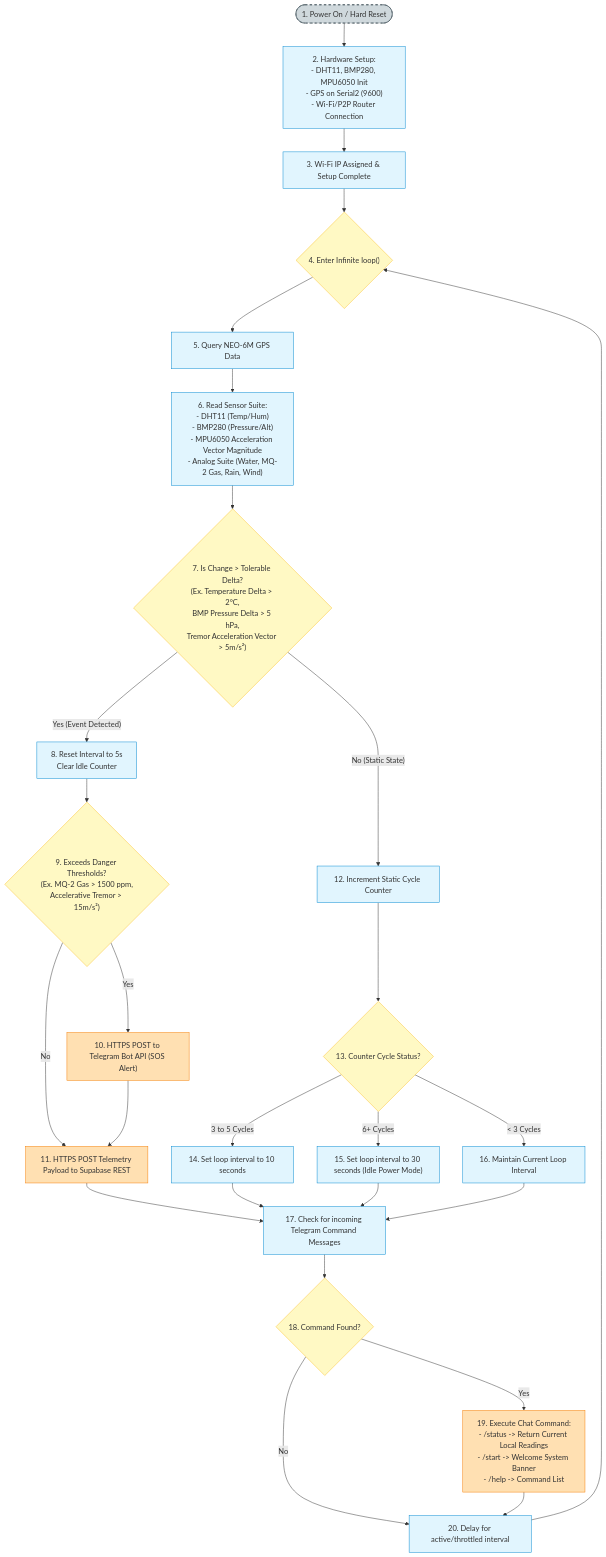
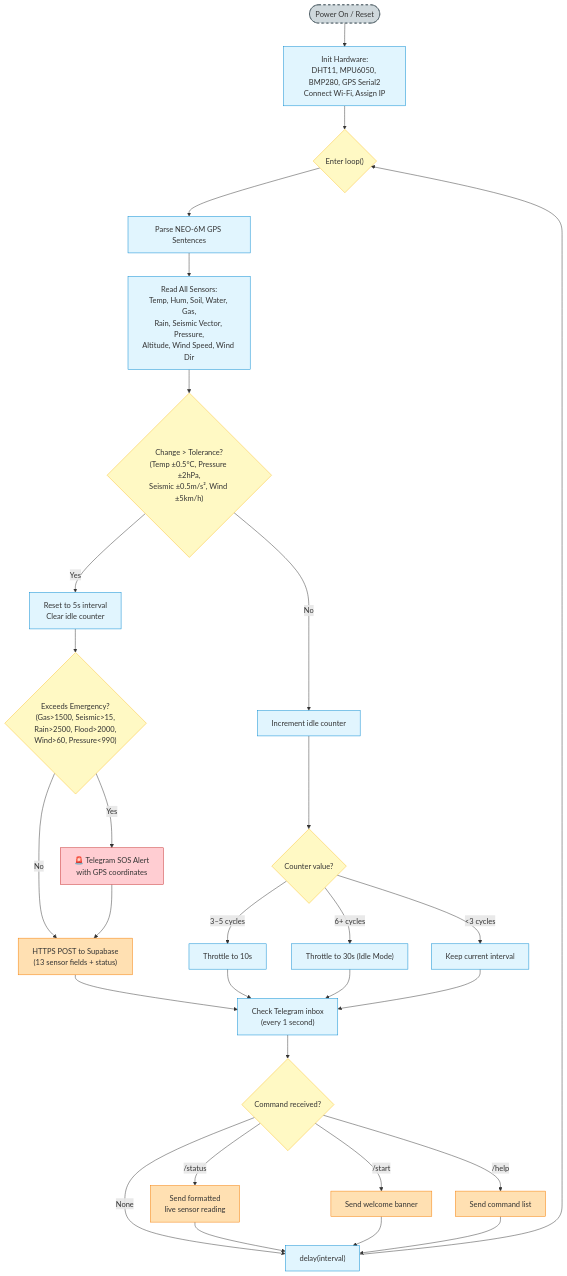
Before and after one commit to bharathkumar000/RESQLINK: the second of 7 diagrams in SYSTEM_ARCHITECTURE.md, drawn with Mermaid. The commit also changed other lines of this file, not shown here.

Commit message:
docs: Complete rewrite of SYSTEM_ARCHITECTURE.md with full tech audit — Ollama/Gemma4, Nearby Connections mesh, geolocator, Hive DB, SyncBridge, Telegram alerts, ML scoring, all 10 sensors

````diff
--- a/SYSTEM_ARCHITECTURE.md
+++ b/SYSTEM_ARCHITECTURE.md
@@ -124,50 +225,40 @@
 ```mermaid
 flowchart TD
-    %% Node Styles
-    classDef startNode fill:#cfd8dc,stroke:#37474f,stroke-dasharray: 5 5;
-    classDef processNode fill:#e1f5fe,stroke:#0288d1;
-    classDef decisionNode fill:#fff9c4,stroke:#fbc02d;
-    classDef outputNode fill:#ffe0b2,stroke:#f57c00;
+    classDef start fill:#cfd8dc,stroke:#37474f,stroke-dasharray: 5 5
+    classDef process fill:#e1f5fe,stroke:#0288d1
+    classDef decision fill:#fff9c4,stroke:#fbc02d
+    classDef output fill:#ffe0b2,stroke:#f57c00
+    classDef alert fill:#ffcdd2,stroke:#c62828
 
-    Start(["1. Power On / Hard Reset"]):::startNode --> Init["2. Hardware Setup:<br/>- DHT11, BMP280, MPU6050 Init<br/>- GPS on Serial2 (9600)<br/>- Wi-Fi/P2P Router Connection"]:::processNode
-    Init --> BootLog["3. Wi-Fi IP Assigned & Setup Complete"]:::processNode
-    
-    %% Loop Start
-    BootLog --> LoopStart{"4. Enter Infinite loop()"}:::decisionNode
-    
-    %% Readings
-    LoopStart --> ReadGPS["5. Query NEO-6M GPS Data"]:::processNode
-    ReadGPS --> ReadSensors["6. Read Sensor Suite:<br/>- DHT11 (Temp/Hum)<br/>- BMP280 (Pressure/Alt)<br/>- MPU6050 Acceleration Vector Magnitude<br/>- Analog Suite (Water, MQ-2 Gas, Rain, Wind)"]:::processNode
-    
-    %% Decision Check
-    ReadSensors --> CheckChange{"7. Is Change > Tolerable Delta?<br/>(Ex. Temperature Delta > 2°C,<br/>BMP Pressure Delta > 5 hPa,<br/>Tremor Acceleration Vector > 5m/s²)"}:::decisionNode
-    
-    %% Active Mode Branch
-    CheckChange -- "Yes (Event Detected)" --> ActiveMode["8. Reset Interval to 5s<br/>Clear Idle Counter"]:::processNode
-    ActiveMode --> CheckAlert{"9. Exceeds Danger Thresholds?<br/>(Ex. MQ-2 Gas > 1500 ppm,<br/>Accelerative Tremor > 15m/s²)"}:::decisionNode
-    
-    CheckAlert -- Yes --> SOS["10. HTTPS POST to Telegram Bot API (SOS Alert)"]:::outputNode
-    CheckAlert -- No --> PushSupa["11. HTTPS POST Telemetry Payload to Supabase REST"]:::outputNode
-    SOS --> PushSupa
-    PushSupa --> CheckTeleMsg
-    
-    %% Throttling Branch
-    CheckChange -- "No (Static State)" --> IncrementIdle["12. Increment Static Cycle Counter"]:::processNode
-    IncrementIdle --> CheckCounter{"13. Counter Cycle Status?"}:::decisionNode
-    CheckCounter -- "3 to 5 Cycles" --> Throttle10["14. Set loop interval to 10 seconds"]:::processNode
-    CheckCounter -- "6+ Cycles" --> Throttle30["15. Set loop interval to 30 seconds (Idle Power Mode)"]:::processNode
-    CheckCounter -- "< 3 Cycles" --> KeepInterval["16. Maintain Current Loop Interval"]:::processNode
-    
-    Throttle10 --> CheckTeleMsg
-    Throttle30 --> CheckTeleMsg
-    KeepInterval --> CheckTeleMsg
-    
-    %% Telegram Handlers
-    CheckTeleMsg["17. Check for incoming Telegram Command Messages"]:::processNode
-    CheckTeleMsg --> CheckUpdates{"18. Command Found?"}:::decisionNode
-    CheckUpdates -- Yes --> CommandHandler["19. Execute Chat Command:<br/>- /status -> Return Current Local Readings<br/>- /start -> Welcome System Banner<br/>- /help -> Command List"]:::outputNode
-    CheckUpdates -- No --> DelayInterval["20. Delay for active/throttled interval"]:::processNode
-    
-    CommandHandler --> DelayInterval
-    DelayInterval --> LoopStart
+    S(["Power On / Reset"]):::start --> INIT["Init Hardware:<br/>DHT11, MPU6050, BMP280, GPS Serial2<br/>Connect Wi-Fi, Assign IP"]:::process
+    INIT --> LOOP{"Enter loop()"}:::decision
+
+    LOOP --> GPS_READ["Parse NEO-6M GPS Sentences"]:::process
+    GPS_READ --> SENSOR_READ["Read All Sensors:<br/>Temp, Hum, Soil, Water, Gas,<br/>Rain, Seismic Vector, Pressure,<br/>Altitude, Wind Speed, Wind Dir"]:::process
+
+    SENSOR_READ --> DELTA{"Change > Tolerance?<br/>(Temp ±0.5°C, Pressure ±2hPa,<br/>Seismic ±0.5m/s², Wind ±5km/h)"}:::decision
+
+    DELTA -- "Yes" --> ACTIVE["Reset to 5s interval<br/>Clear idle counter"]:::process
+    ACTIVE --> DANGER{"Exceeds Emergency?<br/>(Gas>1500, Seismic>15,<br/>Rain>2500, Flood>2000,<br/>Wind>60, Pressure<990)"}:::decision
+
+    DANGER -- "Yes" --> TELE_SOS["🚨 Telegram SOS Alert<br/>with GPS coordinates"]:::alert
+    DANGER -- "No" --> PUSH:::output
+    TELE_SOS --> PUSH["HTTPS POST to Supabase<br/>(13 sensor fields + status)"]:::output
+    PUSH --> TELE_CHECK
+
+    DELTA -- "No" --> IDLE_INC["Increment idle counter"]:::process
+    IDLE_INC --> IDLE_CHECK{"Counter value?"}:::decision
+    IDLE_CHECK -- "3–5 cycles" --> T10["Throttle to 10s"]:::process
+    IDLE_CHECK -- "6+ cycles" --> T30["Throttle to 30s (Idle Mode)"]:::process
+    IDLE_CHECK -- "<3 cycles" --> KEEP["Keep current interval"]:::process
+    T10 & T30 & KEEP --> TELE_CHECK
+
+    TELE_CHECK["Check Telegram inbox<br/>(every 1 second)"]:::process
+    TELE_CHECK --> MSG{"Command received?"}:::decision
+    MSG -- "/status" --> STATUS_REPLY["Send formatted<br/>live sensor reading"]:::output
+    MSG -- "/start" --> WELCOME["Send welcome banner"]:::output
+    MSG -- "/help" --> HELP["Send command list"]:::output
+    MSG -- "None" --> DELAY["delay(interval)"]:::process
+    STATUS_REPLY & WELCOME & HELP --> DELAY
+    DELAY --> LOOP
 ```
````
